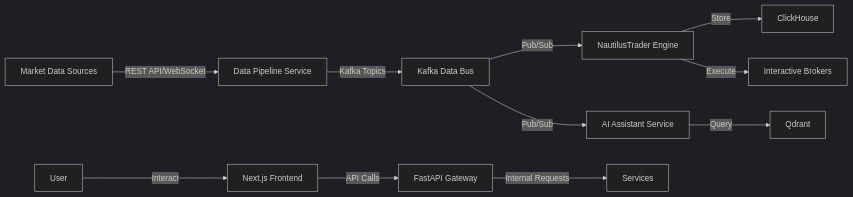
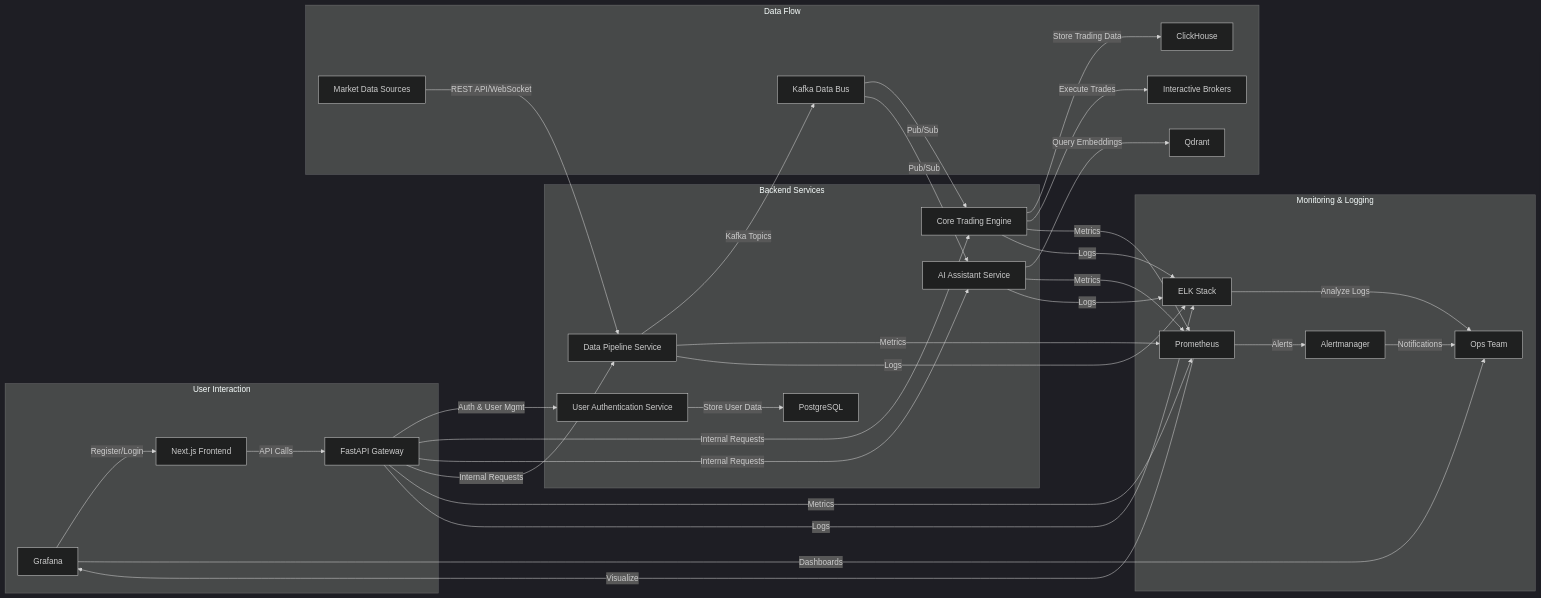
One commit to vincentspereira/Algorithmic-Trading-System changed the second of 4 diagrams in docs/06. Technical Specification Document (TSD) - Algorithmic Trading System.markdown. Above: the diagram before and after it, drawn with Mermaid (dark theme). The commit also changed other lines of this file and 59 other files, not shown here.

````diff
--- a/docs/06. Technical Specification Document (TSD) - Algorithmic Trading System.markdown
+++ b/docs/06. Technical Specification Document (TSD) - Algorithmic Trading System.markdown
@@ -102,13 +117,41 @@
 ```mermaid
 graph LR
-    A[Market Data Sources] -->|REST API/WebSocket| B[Data Pipeline Service]
-    B -->|Kafka Topics| C[Kafka Data Bus]
-    C -->|Pub/Sub| D[NautilusTrader Engine]
-    C -->|Pub/Sub| E[AI Assistant Service]
-    D -->|Store| F[ClickHouse]
-    E -->|Query| G[Qdrant]
-    D -->|Execute| H[Interactive Brokers]
-    I[User] -->|Interact| J[Next.js Frontend]
-    J -->|API Calls| K[FastAPI Gateway]
-    K -->|Internal Requests| L[Services]
+    subgraph User Interaction
+        U[User] -->|Register/Login| F[Next.js Frontend]
+        F -->|API Calls| G[FastAPI Gateway]
+    end
+
+    subgraph Backend Services
+        G -->|Auth & User Mgmt| H[User Authentication Service]
+        H -->|Store User Data| I[PostgreSQL]
+        G -->|Internal Requests| J[Core Trading Engine]
+        G -->|Internal Requests| K[AI Assistant Service]
+        G -->|Internal Requests| L[Data Pipeline Service]
+    end
+
+    subgraph Data Flow
+        M[Market Data Sources] -->|REST API/WebSocket| L
+        L -->|Kafka Topics| N[Kafka Data Bus]
+        N -->|Pub/Sub| J
+        N -->|Pub/Sub| K
+        J -->|Store Trading Data| O[ClickHouse]
+        K -->|Query Embeddings| P[Qdrant]
+        J -->|Execute Trades| Q[Interactive Brokers]
+    end
+
+    subgraph Monitoring & Logging
+        J -->|Metrics| R[Prometheus]
+        K -->|Metrics| R
+        L -->|Metrics| R
+        G -->|Metrics| R
+        R -->|Alerts| S[Alertmanager]
+        S -->|Notifications| T[Ops Team]
+        R -->|Visualize| U[Grafana]
+        U -->|Dashboards| T
+        J -->|Logs| V[ELK Stack]
+        K -->|Logs| V
+        L -->|Logs| V
+        G -->|Logs| V
+        V -->|Analyze Logs| T
+    end
 ```
````
